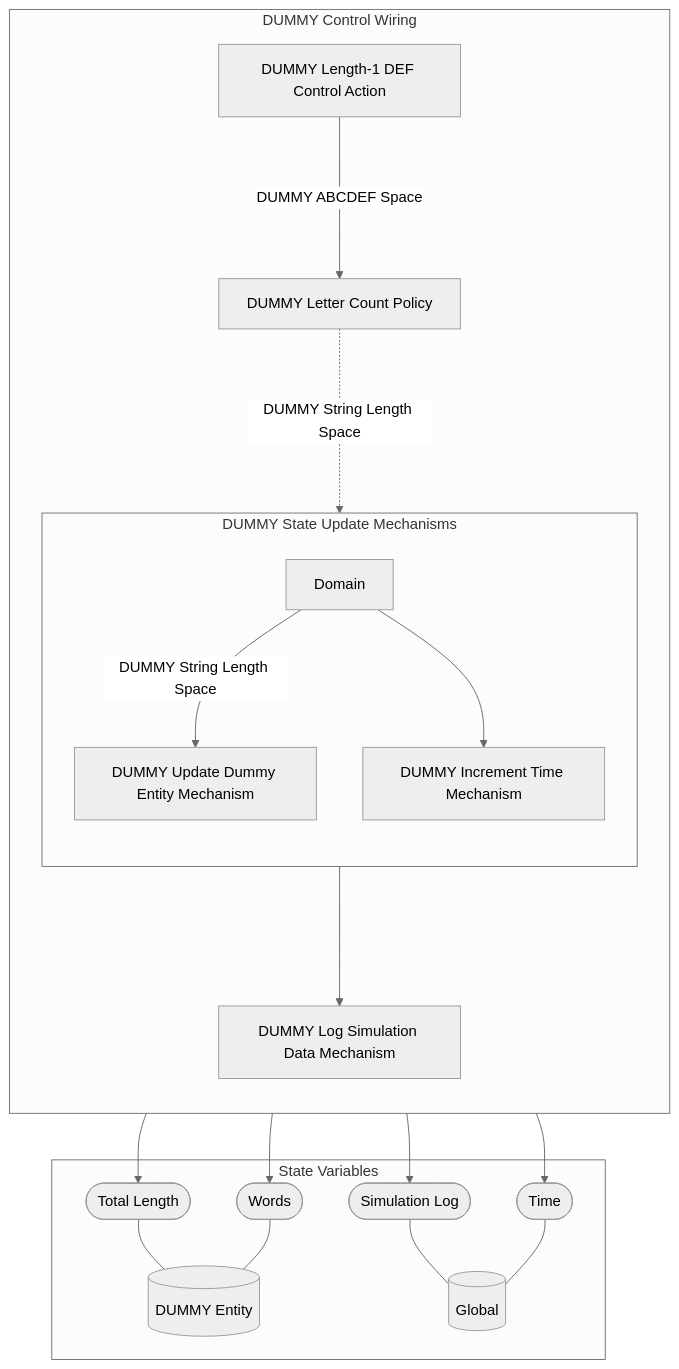
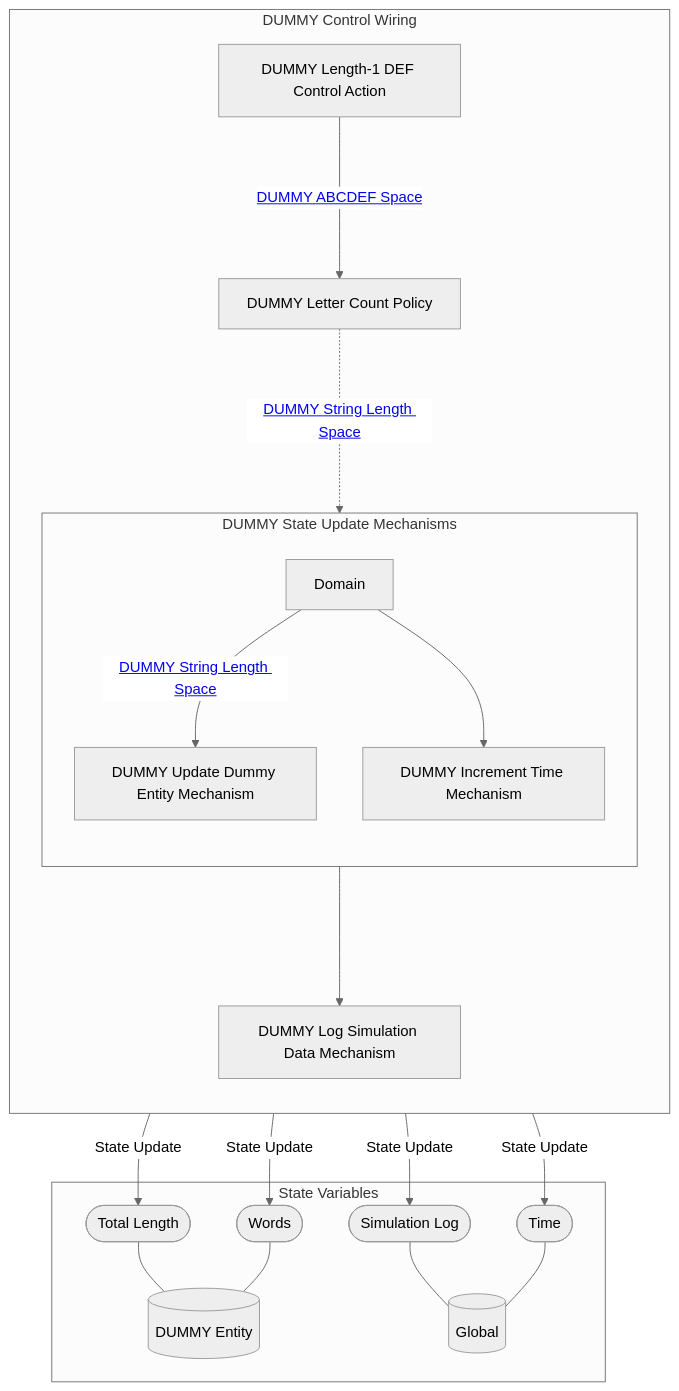
One commit to BlockScience/MSML-Template changed the second of 2 diagrams in reports/obsidian/Wiring/DUMMY Control Wiring.md. Above: the diagram before and after it, drawn with Mermaid (neutral theme). The commit also changed other lines of this file and 41 other files, not shown here.

````diff
--- a/reports/obsidian/Wiring/DUMMY Control Wiring.md
+++ b/reports/obsidian/Wiring/DUMMY Control Wiring.md
@@ -3,41 +45,50 @@
 ```mermaid
 graph TB
 
 subgraph SVS["State Variables"]
 EE0[("DUMMY Entity")]
 EE1[("Global")]
 EES0(["Total Length"])
 EES0 --- EE0
 EES1(["Words"])
 EES1 --- EE0
 EES2(["Simulation Log"])
 EES2 --- EE1
 EES3(["Time"])
 EES3 --- EE1
 end
 
 subgraph X9["DUMMY Control Wiring"]
 direction TB
 X1["DUMMY Length-1 DEF Control Action"]
 X2["DUMMY Letter Count Policy"]
 subgraph X7["DUMMY State Update Mechanisms"]
 direction TB
 X3["DUMMY Update Dummy Entity Mechanism"]
-X3 --> EES1
-X3 --> EES0
+X3 --"State Update"--> EES0
+X3 --"State Update"--> EES1
 X4["DUMMY Increment Time Mechanism"]
-X4 --> EES3
+X4 --"State Update"--> EES3
 X5[Domain]
 
 direction LR
 direction TB
-X5 --"DUMMY String Length Space"--> X3
+X5 --"<a href='DUMMY String Length Space' class=internal-link>DUMMY String Length Space</a>"--> X3
 X5 --> X4
 end
 X8["DUMMY Log Simulation Data Mechanism"]
-X8 --> EES2
-X1--"DUMMY ABCDEF Space"--->X2
-X2-."DUMMY String Length Space"..->X7
+X8 --"State Update"--> EES2
+X1--"<a href='DUMMY ABCDEF Space' class=internal-link>DUMMY ABCDEF Space</a>"--->X2
+X2-."<a href='DUMMY String Length Space' class=internal-link>DUMMY String Length Space</a>"..->X7
 X7--->X8
 end
+class X1 internal-link;
+class X2 internal-link;
+class X3 internal-link;
+class X4 internal-link;
+class X6 internal-link;
+class X8 internal-link;
+class EE0 internal-link;
+class EE1 internal-link;
+
 ```
````
